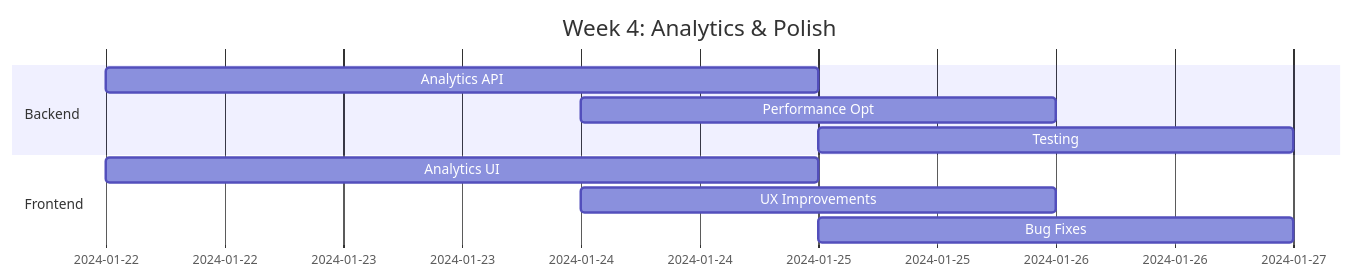
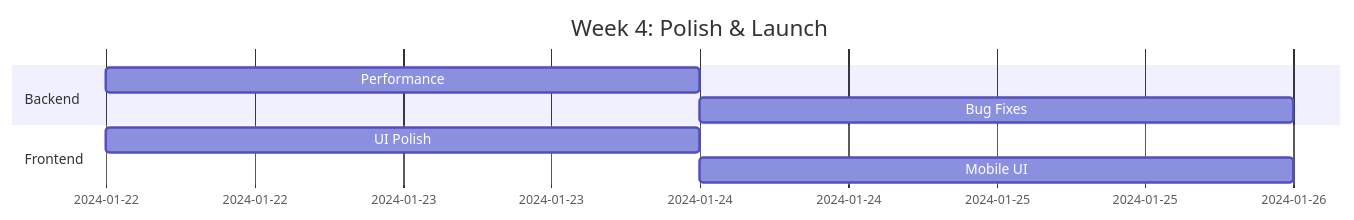
One commit to menezmethod/churnistic changed the fourth of 4 diagrams in docs/MVP_PLAN.md. Above: the diagram before and after it, drawn with Mermaid. The commit also changed other lines of this file and 10 other files, not shown here.

````diff
--- a/docs/MVP_PLAN.md
+++ b/docs/MVP_PLAN.md
@@ -207,13 +211,11 @@
 ```mermaid
 gantt
-    title Week 4: Analytics & Polish
+    title Week 4: Polish & Launch
     dateFormat  YYYY-MM-DD
     section Backend
-    Analytics API         :2024-01-22, 3d
-    Performance Opt      :2024-01-24, 2d
-    Testing             :2024-01-25, 2d
+    Performance         :2024-01-22, 2d
+    Bug Fixes          :2024-01-24, 2d
     section Frontend
-    Analytics UI         :2024-01-22, 3d
-    UX Improvements     :2024-01-24, 2d
-    Bug Fixes           :2024-01-25, 2d
+    UI Polish          :2024-01-22, 2d
+    Mobile UI          :2024-01-24, 2d
 ```
````
